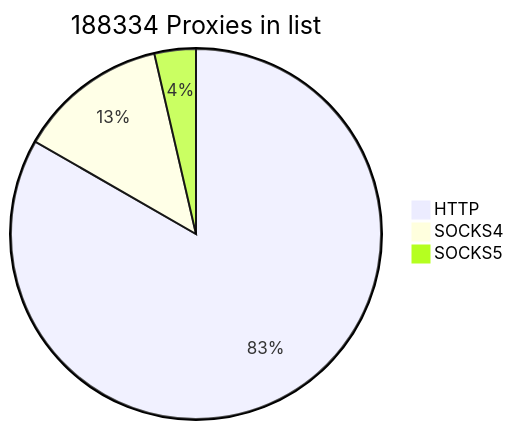
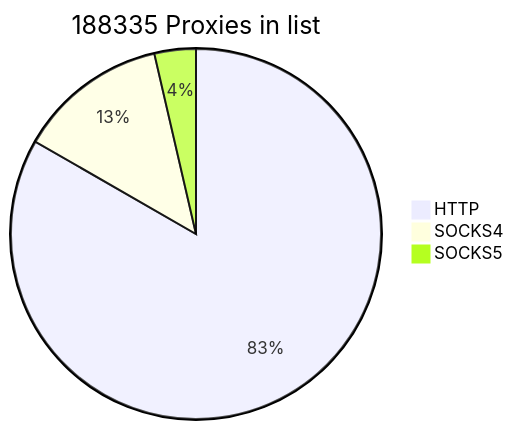
One commit to cutipu/proxylist changed the first of 2 diagrams in README.md. Above: the diagram before and after it, drawn with Mermaid. The commit also changed other lines of this file, not shown here.

````diff
--- a/README.md
+++ b/README.md
@@ -2,7 +2,7 @@
 ```mermaid
-pie title 188334 Proxies in list
+pie title 188335 Proxies in list
     "HTTP" : 156887
-    "SOCKS4" : 24637
+    "SOCKS4" : 24638
     "SOCKS5" : 6810
             
 ```
````
